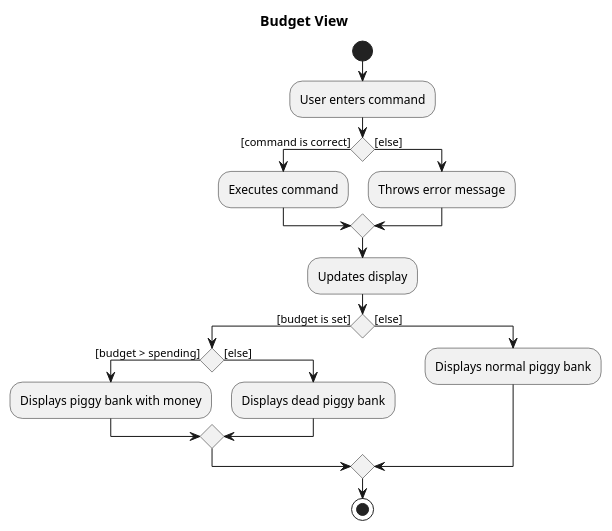
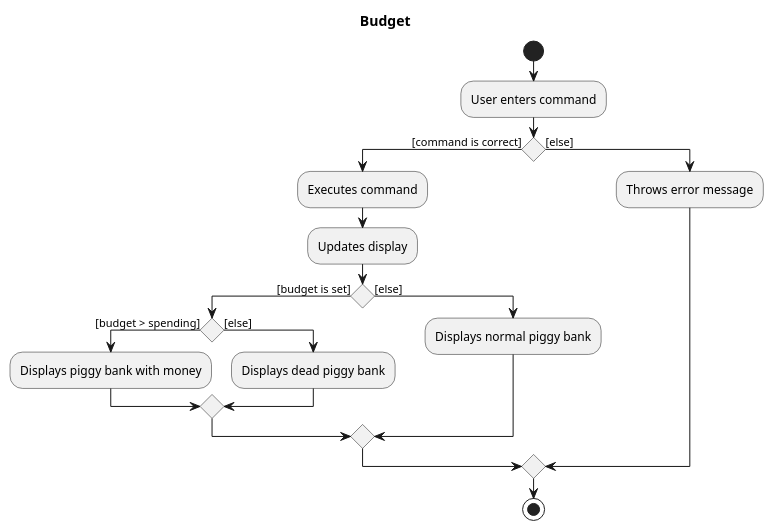
One commit to zwasd/main changed the diagram in docs/diagrams/BudgetActivityDiagram.puml. Above: the diagram before and after it, drawn with PlantUML. The commit also changed 3 other files, not shown here.

Commit message:
update uml

```diff
--- a/docs/diagrams/BudgetActivityDiagram.puml
+++ b/docs/diagrams/BudgetActivityDiagram.puml
@@ -1,26 +1,27 @@
 @startuml
-title Budget View
+title Budget
 
 start
 :User enters command;
 
 if () then ([command is correct])
     :Executes command;
+
+    :Updates display;
+
+    if () then ([budget is set])
+        if () then ([budget > spending])
+            :Displays piggy bank with money;
+        else ([else])
+            :Displays dead piggy bank;
+        endif
+    else ([else])
+        :Displays normal piggy bank;
+    endif
 else ([else])
     :Throws error message;
 endif
 
-:Updates display;
-
-if () then ([budget is set])
-    if () then ([budget > spending])
-        :Displays piggy bank with money;
-    else ([else])
-        :Displays dead piggy bank;
-    endif
-else ([else])
-    :Displays normal piggy bank;
-endif
 
 stop
 @enduml
```
